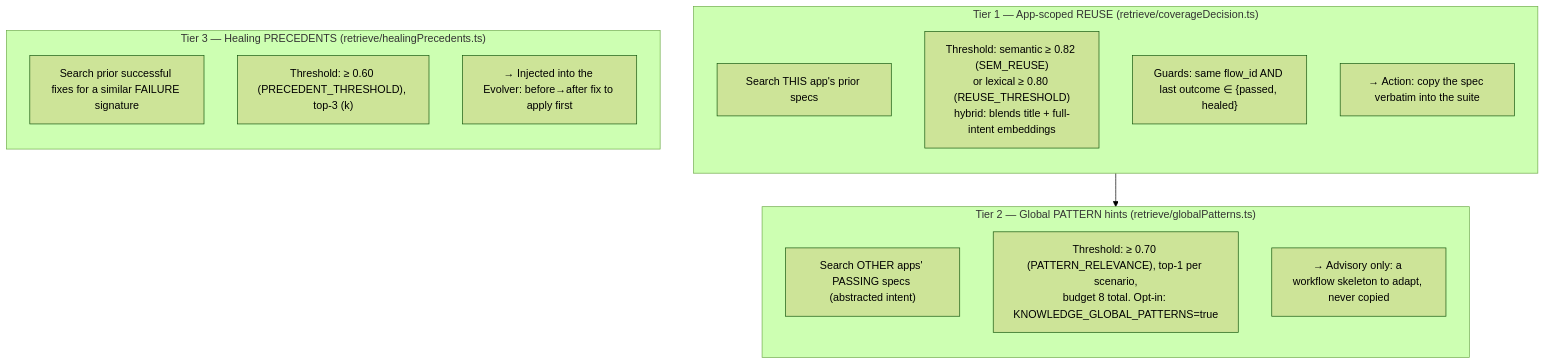
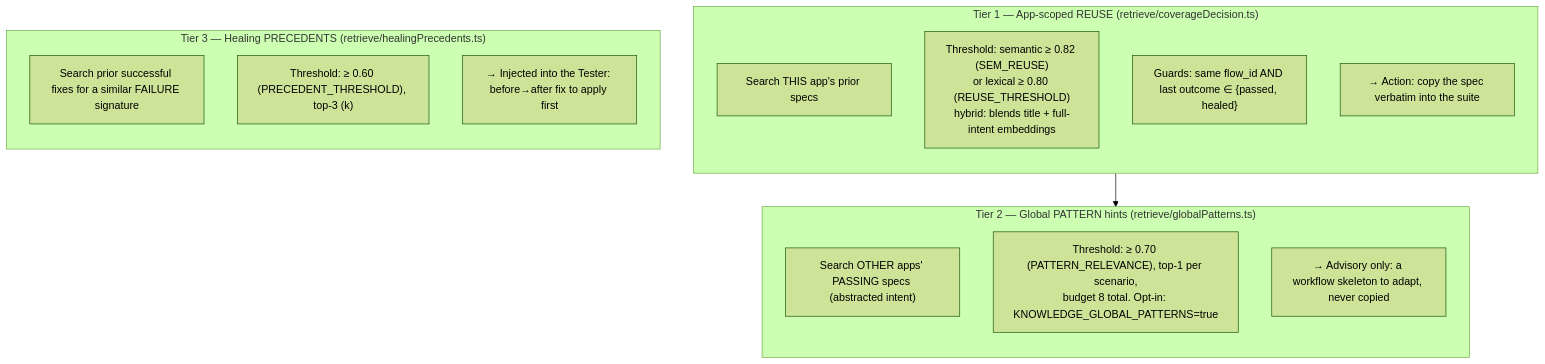
Before and after one commit to spalanivelu1989/test-suite: the fifth of 13 diagrams in architecture.md, drawn with Mermaid (forest theme). The commit also changed other lines of this file and 86 other files, not shown here.

````diff
--- a/architecture.md
+++ b/architecture.md
@@ -315,23 +335,23 @@
 ```mermaid
 flowchart TB
     subgraph T1["Tier 1 — App-scoped REUSE (retrieve/coverageDecision.ts)"]
         direction TB
         t1a["Search THIS app's prior specs"]
         t1b["Threshold: semantic ≥ 0.82 (SEM_REUSE)<br/>or lexical ≥ 0.80 (REUSE_THRESHOLD)<br/>hybrid: blends title + full-intent embeddings"]
         t1c["Guards: same flow_id AND last outcome ∈ {passed, healed}"]
         t1d["→ Action: copy the spec verbatim into the suite"]
     end
     subgraph T2["Tier 2 — Global PATTERN hints (retrieve/globalPatterns.ts)"]
         direction TB
         t2a["Search OTHER apps' PASSING specs (abstracted intent)"]
         t2b["Threshold: ≥ 0.70 (PATTERN_RELEVANCE), top-1 per scenario,<br/>budget 8 total. Opt-in: KNOWLEDGE_GLOBAL_PATTERNS=true"]
         t2c["→ Advisory only: a workflow skeleton to adapt, never copied"]
     end
     subgraph T3["Tier 3 — Healing PRECEDENTS (retrieve/healingPrecedents.ts)"]
         direction TB
         t3a["Search prior successful fixes for a similar FAILURE signature"]
         t3b["Threshold: ≥ 0.60 (PRECEDENT_THRESHOLD), top-3 (k)"]
-        t3c["→ Injected into the Evolver: before→after fix to apply first"]
+        t3c["→ Injected into the Tester: before→after fix to apply first"]
     end
     T1 --> T2
 ```
````
